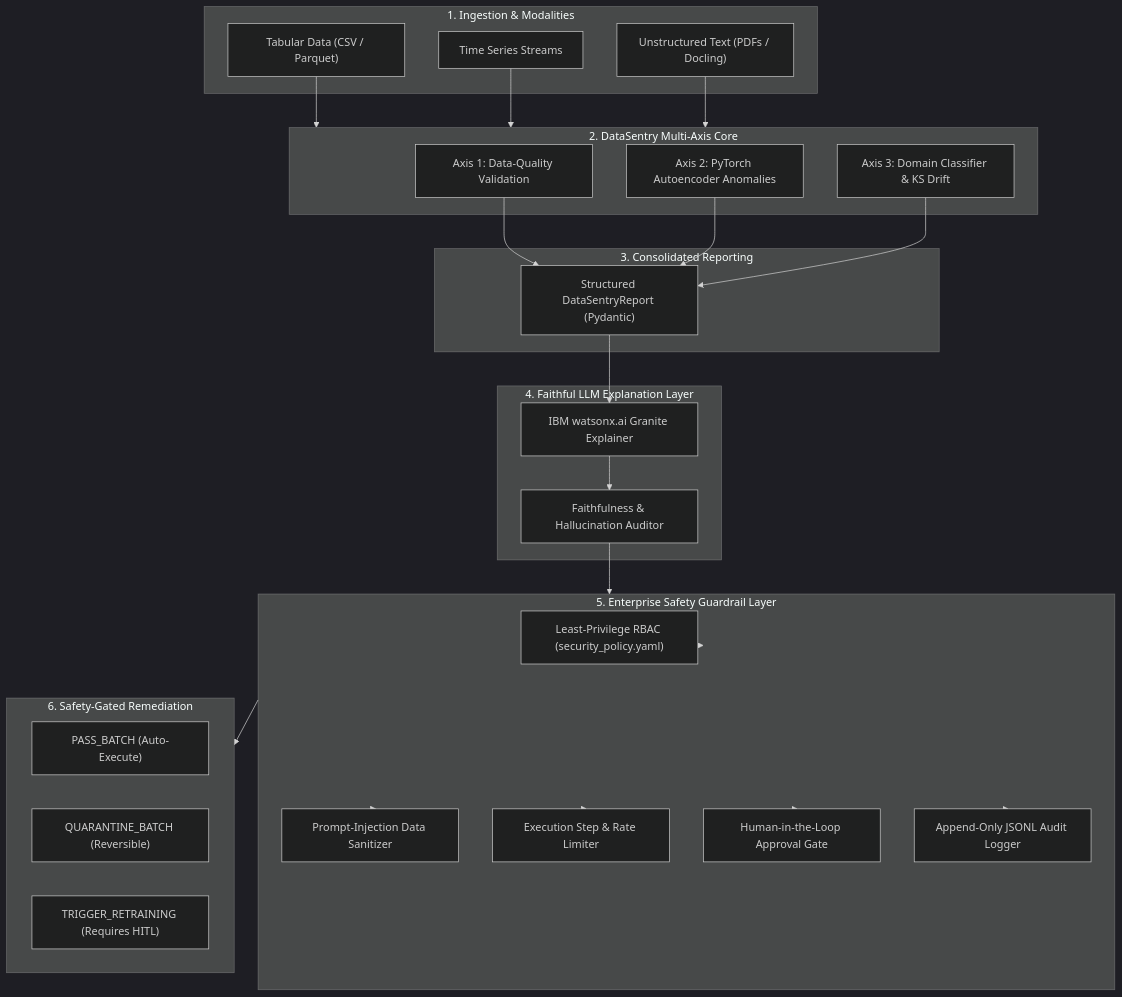
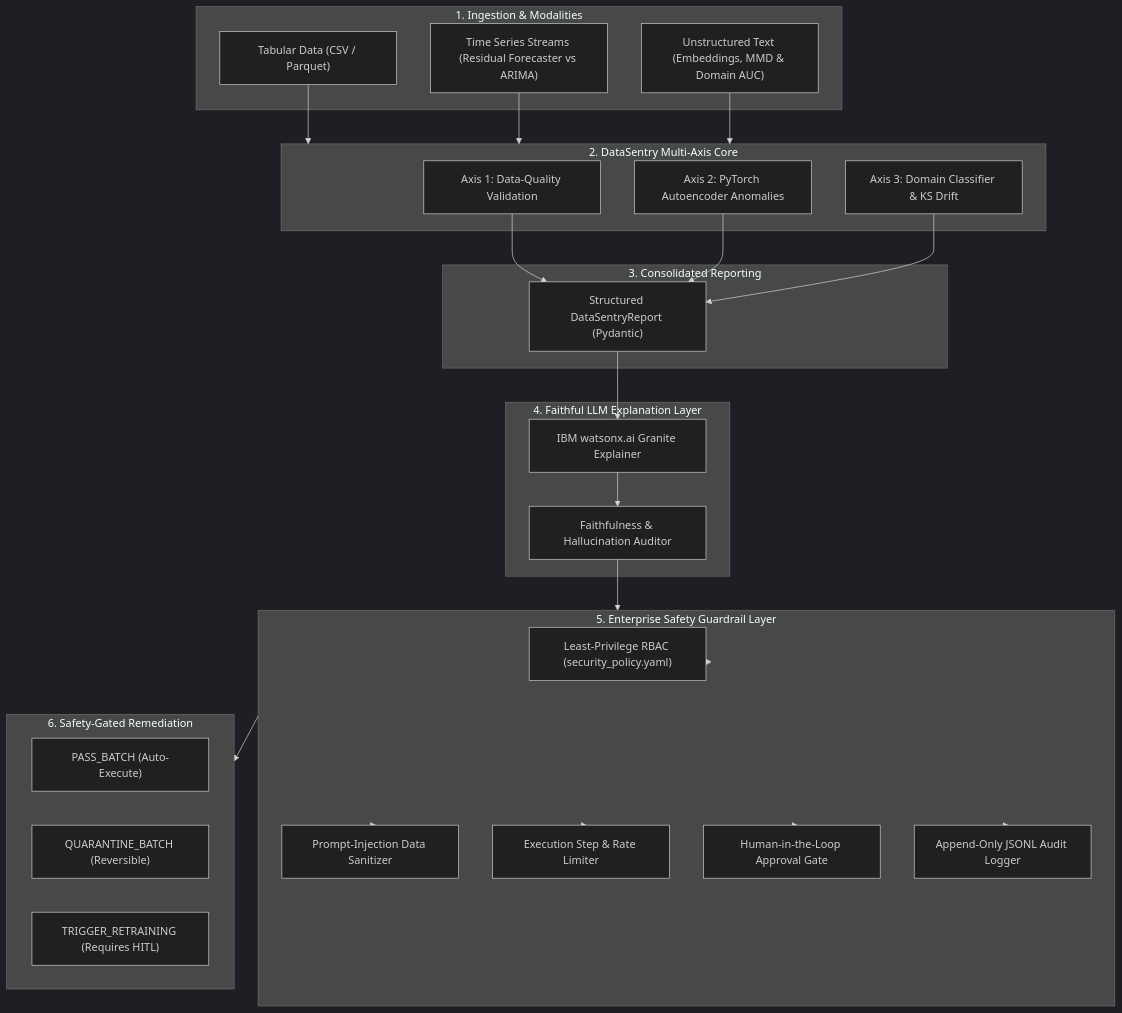
The diagram in README.md (samplewave-51bit/DataSentry), drawn with Mermaid (dark theme) before and after one commit. The commit also changed other lines of this file and 5 other files, not shown here.

````diff
--- a/README.md
+++ b/README.md
@@ -28,57 +27,57 @@
 ```mermaid
 flowchart TD
     subgraph Ingestion["1. Ingestion & Modalities"]
         Tabular["Tabular Data (CSV / Parquet)"]
-        TS["Time Series Streams"]
-        Text["Unstructured Text (PDFs / Docling)"]
+        TS["Time Series Streams (Residual Forecaster vs ARIMA)"]
+        Text["Unstructured Text (Embeddings, MMD & Domain AUC)"]
     end
 
     subgraph CoreEngine["2. DataSentry Multi-Axis Core"]
         Quality["Axis 1: Data-Quality Validation"]
         Anomaly["Axis 2: PyTorch Autoencoder Anomalies"]
         Drift["Axis 3: Domain Classifier & KS Drift"]
     end
 
     subgraph Synthesis["3. Consolidated Reporting"]
         Report["Structured DataSentryReport (Pydantic)"]
     end
 
     subgraph LLM["4. Faithful LLM Explanation Layer"]
         Granite["IBM watsonx.ai Granite Explainer"]
         Auditor["Faithfulness & Hallucination Auditor"]
     end
 
     subgraph Guardrails["5. Enterprise Safety Guardrail Layer"]
         RBAC["Least-Privilege RBAC (security_policy.yaml)"]
         Sanitizer["Prompt-Injection Data Sanitizer"]
         LoopBreaker["Execution Step & Rate Limiter"]
         HITL["Human-in-the-Loop Approval Gate"]
         AuditLog["Append-Only JSONL Audit Logger"]
     end
 
     subgraph Remediation["6. Safety-Gated Remediation"]
         Pass["PASS_BATCH (Auto-Execute)"]
         Quarantine["QUARANTINE_BATCH (Reversible)"]
         Retrain["TRIGGER_RETRAINING (Requires HITL)"]
     end
 
     Tabular --> CoreEngine
     TS --> CoreEngine
     Text --> CoreEngine
 
     Quality --> Report
     Anomaly --> Report
     Drift --> Report
 
     Report --> Granite
     Granite --> Auditor
     Auditor --> Guardrails
 
     Guardrails --> RBAC
     Guardrails --> Sanitizer
     Guardrails --> LoopBreaker
     Guardrails --> HITL
     Guardrails --> AuditLog
 
     Guardrails --> Remediation
 ```
````
